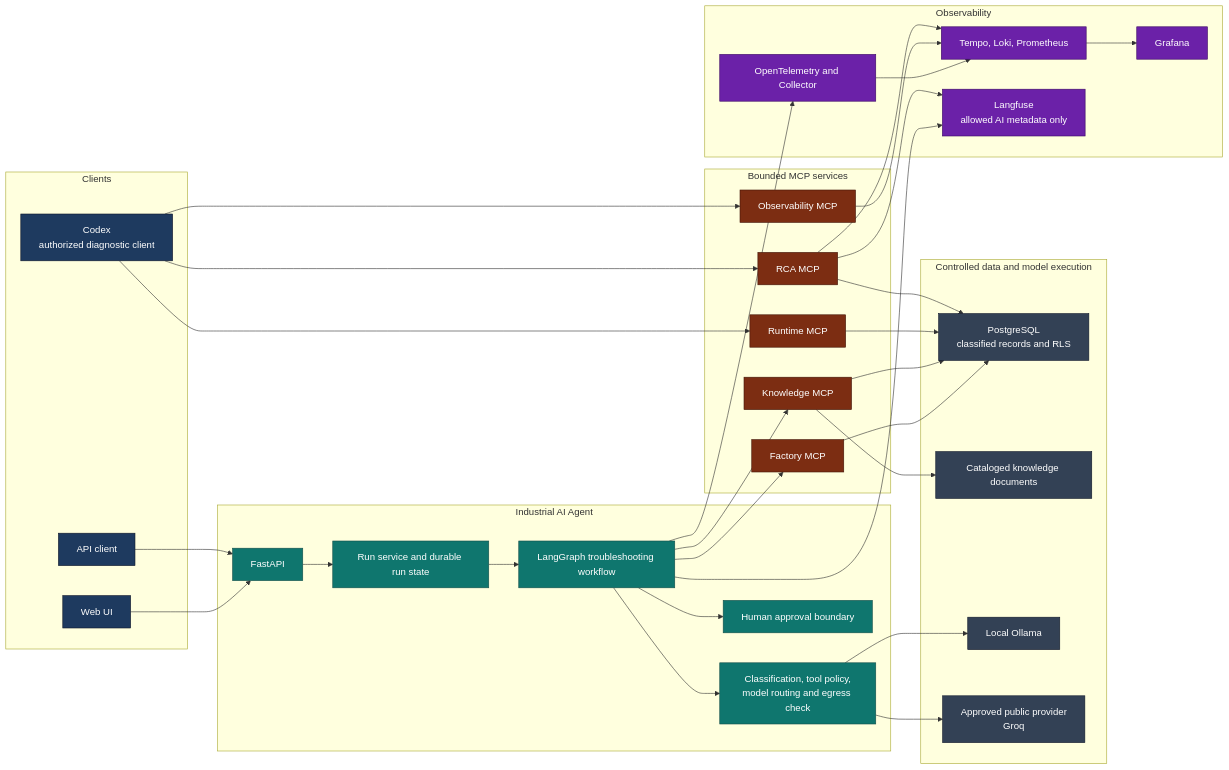
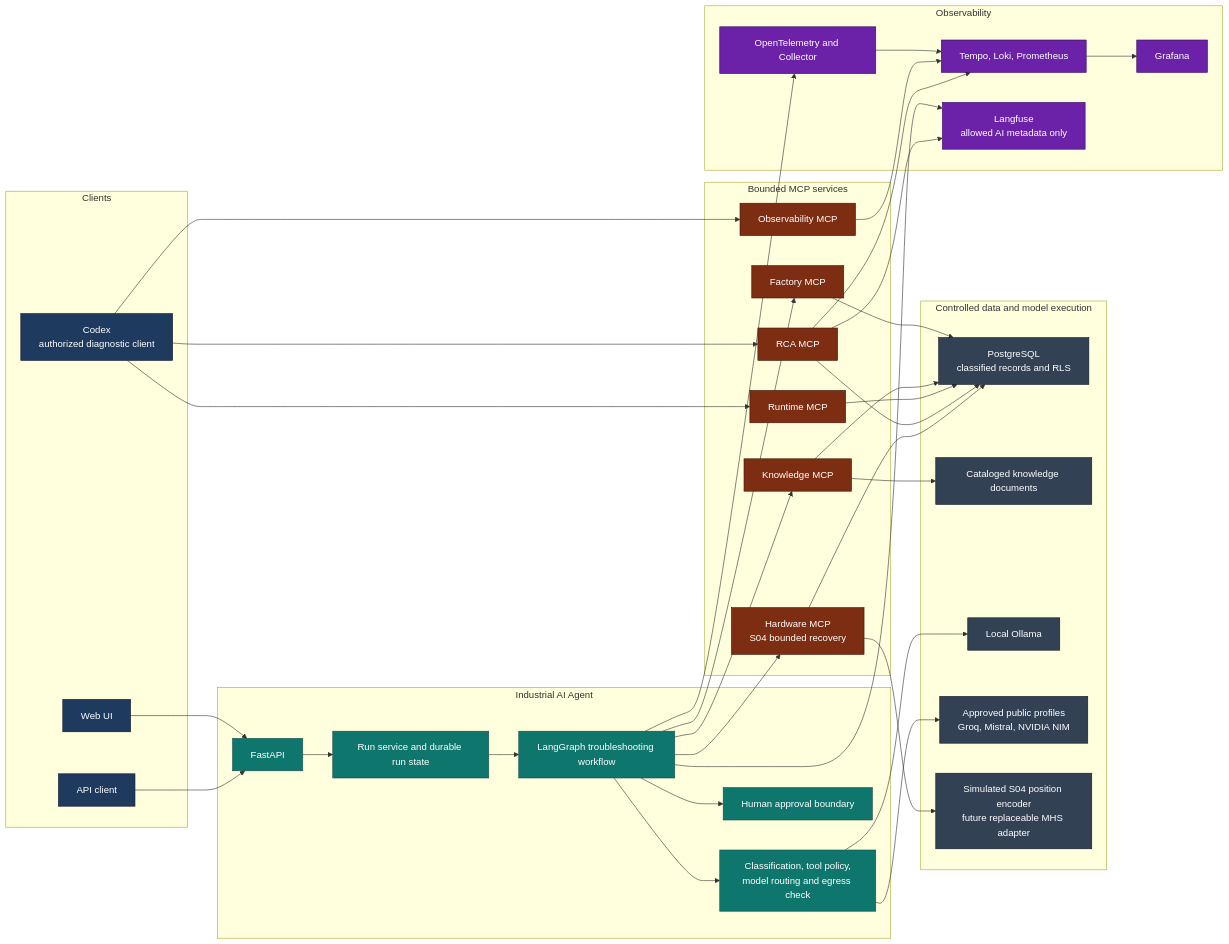
One commit to aboerzel/industrial-ai-agent changed the first of 19 diagrams in docs/architecture/overview.md. Above: the diagram before and after it, drawn with Mermaid. The commit also changed other lines of this file and 4 other files, not shown here.

Commit message:
docs: sync documentation with current architecture

````diff
--- a/docs/architecture/overview.md
+++ b/docs/architecture/overview.md
@@ -5,73 +5,78 @@
 ```mermaid
 flowchart LR
     subgraph Clients["Clients"]
         UI["Web UI"]
         APIClient["API client"]
         Codex["Codex<br/>authorized diagnostic client"]
     end
 
     subgraph Application["Industrial AI Agent"]
         API["FastAPI"]
         Run["Run service and durable run state"]
         Agent["LangGraph troubleshooting workflow"]
         Policy["Classification, tool policy,<br/>model routing and egress check"]
         HITL["Human approval boundary"]
     end
 
     subgraph MCP["Bounded MCP services"]
         Factory["Factory MCP"]
         Knowledge["Knowledge MCP"]
         Runtime["Runtime MCP"]
         Observe["Observability MCP"]
         RCA["RCA MCP"]
+        Hardware["Hardware MCP\nS04 bounded recovery"]
     end
 
     subgraph Data["Controlled data and model execution"]
         Postgres["PostgreSQL<br/>classified records and RLS"]
         Documents["Cataloged knowledge documents"]
         Local["Local Ollama"]
-        Public["Approved public provider<br/>Groq"]
+        Public["Approved public profiles<br/>Groq, Mistral, NVIDIA NIM"]
+        Device["Simulated S04 position encoder<br/>future replaceable MHS adapter"]
     end
 
     subgraph Telemetry["Observability"]
         OTel["OpenTelemetry and Collector"]
         Backends["Tempo, Loki, Prometheus"]
         Grafana["Grafana"]
         Langfuse["Langfuse<br/>allowed AI metadata only"]
     end
 
     UI --> API
     APIClient --> API
     API --> Run --> Agent
     Agent --> Policy
     Agent --> Factory
     Agent --> Knowledge
     Agent --> HITL
+    Agent --> Hardware
     Factory --> Postgres
     Knowledge --> Postgres
     Knowledge --> Documents
     Policy --> Local
     Policy --> Public
     Agent --> OTel
     OTel --> Backends --> Grafana
     Agent --> Langfuse
     Codex --> Runtime
     Codex --> Observe
     Codex --> RCA
     Runtime --> Postgres
     Observe --> Backends
     RCA --> Postgres
     RCA --> Backends
     RCA --> Langfuse
+    Hardware --> Postgres
+    Hardware --> Device
 
     classDef client fill:#1e3a5f,stroke:#0f172a,color:#ffffff
     classDef core fill:#0f766e,stroke:#134e4a,color:#ffffff
     classDef mcp fill:#7c2d12,stroke:#431407,color:#ffffff
     classDef data fill:#334155,stroke:#0f172a,color:#ffffff
     classDef telemetry fill:#6b21a8,stroke:#3b0764,color:#ffffff
     class UI,APIClient,Codex client
     class API,Run,Agent,Policy,HITL core
-    class Factory,Knowledge,Runtime,Observe,RCA mcp
-    class Postgres,Documents,Local,Public data
+    class Factory,Knowledge,Runtime,Observe,RCA,Hardware mcp
+    class Postgres,Documents,Local,Public,Device data
     class OTel,Backends,Grafana,Langfuse telemetry
 ```
````
